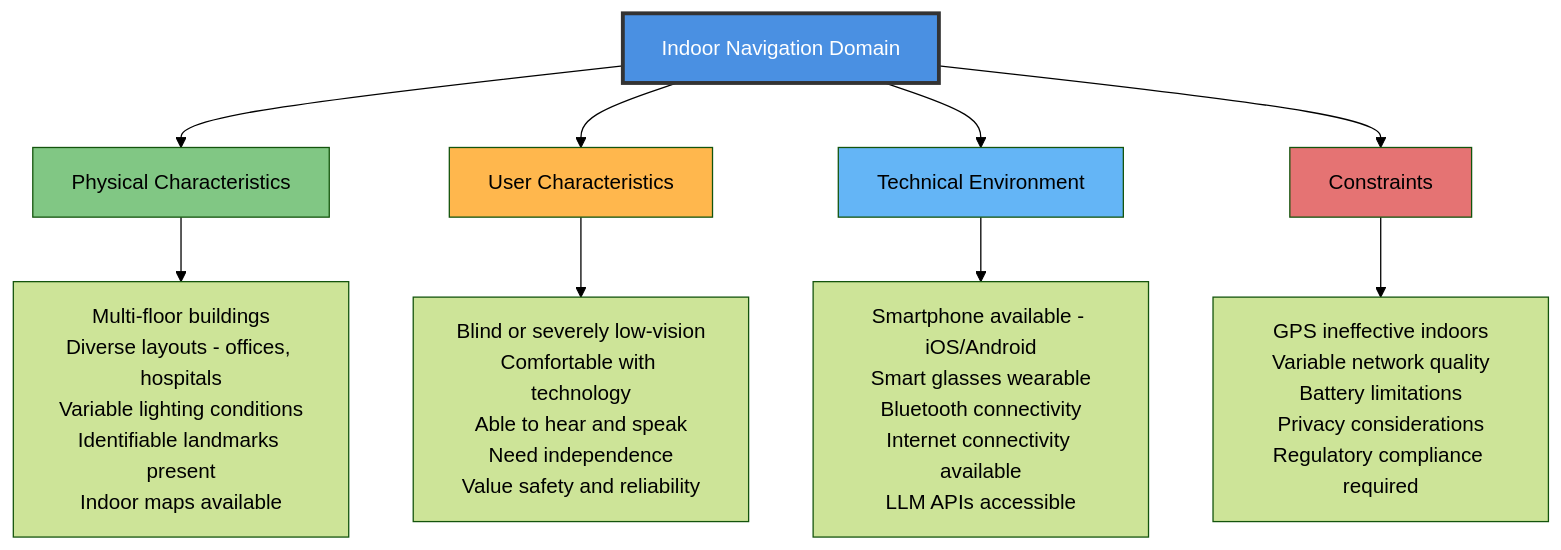
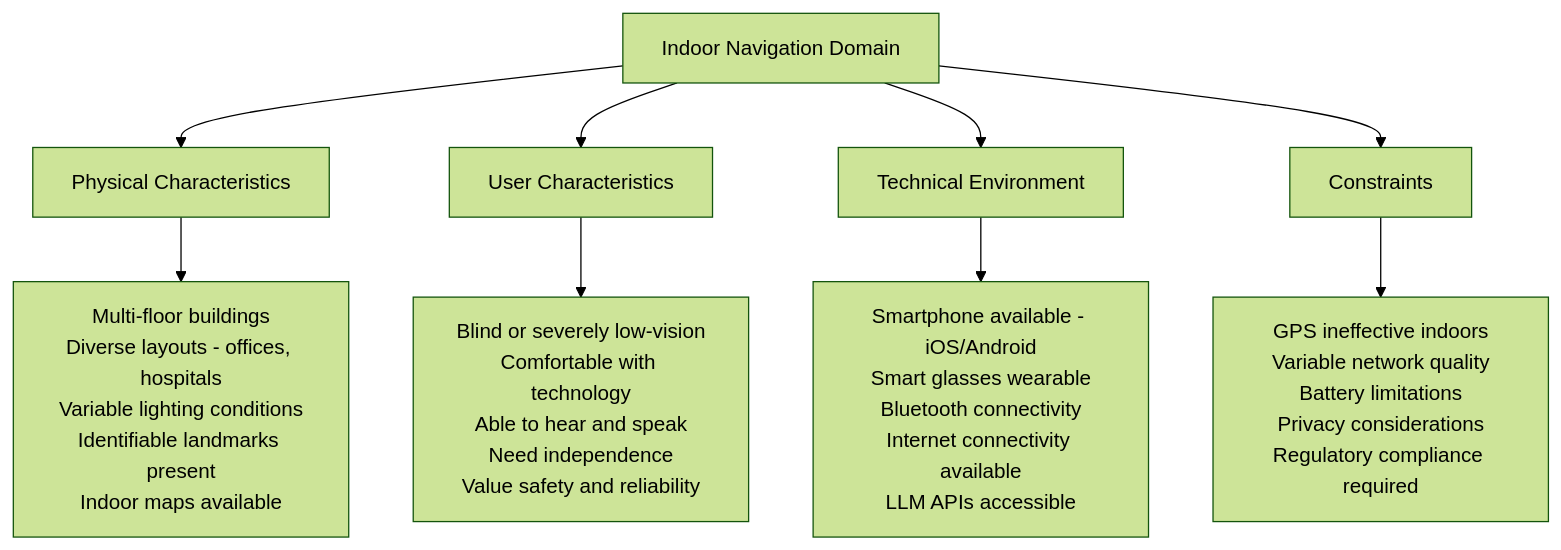
The sixth of 11 diagrams in docs/Project 2/WRS Project 2.md (phamleduy04/se4351-mobile-f25), drawn with Mermaid (forest theme) before and after one commit. The commit also changed other lines of this file, not shown here.

````diff
--- a/docs/Project 2/WRS Project 2.md
+++ b/docs/Project 2/WRS Project 2.md
@@ -215,33 +179,27 @@
 ```mermaid
 graph TB
     DOMAIN["Indoor Navigation Domain"]
     
     PHYSICAL["Physical Characteristics"]
     USERS["User Characteristics"]
     TECH["Technical Environment"]
     CONSTRAINTS["Constraints"]
     
     DOMAIN --> PHYSICAL
     DOMAIN --> USERS
     DOMAIN --> TECH
     DOMAIN --> CONSTRAINTS
     
     PHYSICAL_DESC["Multi-floor buildings<br/>Diverse layouts - offices, hospitals<br/>Variable lighting conditions<br/>Identifiable landmarks present<br/>Indoor maps available"]
     
     USERS_DESC["Blind or severely low-vision<br/>Comfortable with technology<br/>Able to hear and speak<br/>Need independence<br/>Value safety and reliability"]
     
     TECH_DESC["Smartphone available - iOS/Android<br/>Smart glasses wearable<br/>Bluetooth connectivity<br/>Internet connectivity available<br/>LLM APIs accessible"]
     
     CONSTRAINTS_DESC["GPS ineffective indoors<br/>Variable network quality<br/>Battery limitations<br/>Privacy considerations<br/>Regulatory compliance required"]
     
     PHYSICAL --> PHYSICAL_DESC
     USERS --> USERS_DESC
     TECH --> TECH_DESC
     CONSTRAINTS --> CONSTRAINTS_DESC
-    
-    style DOMAIN fill:#4A90E2,stroke:#333,stroke-width:3px,color:#fff
-    style PHYSICAL fill:#81C784
-    style USERS fill:#FFB74D
-    style TECH fill:#64B5F6
-    style CONSTRAINTS fill:#E57373
 ```
````
